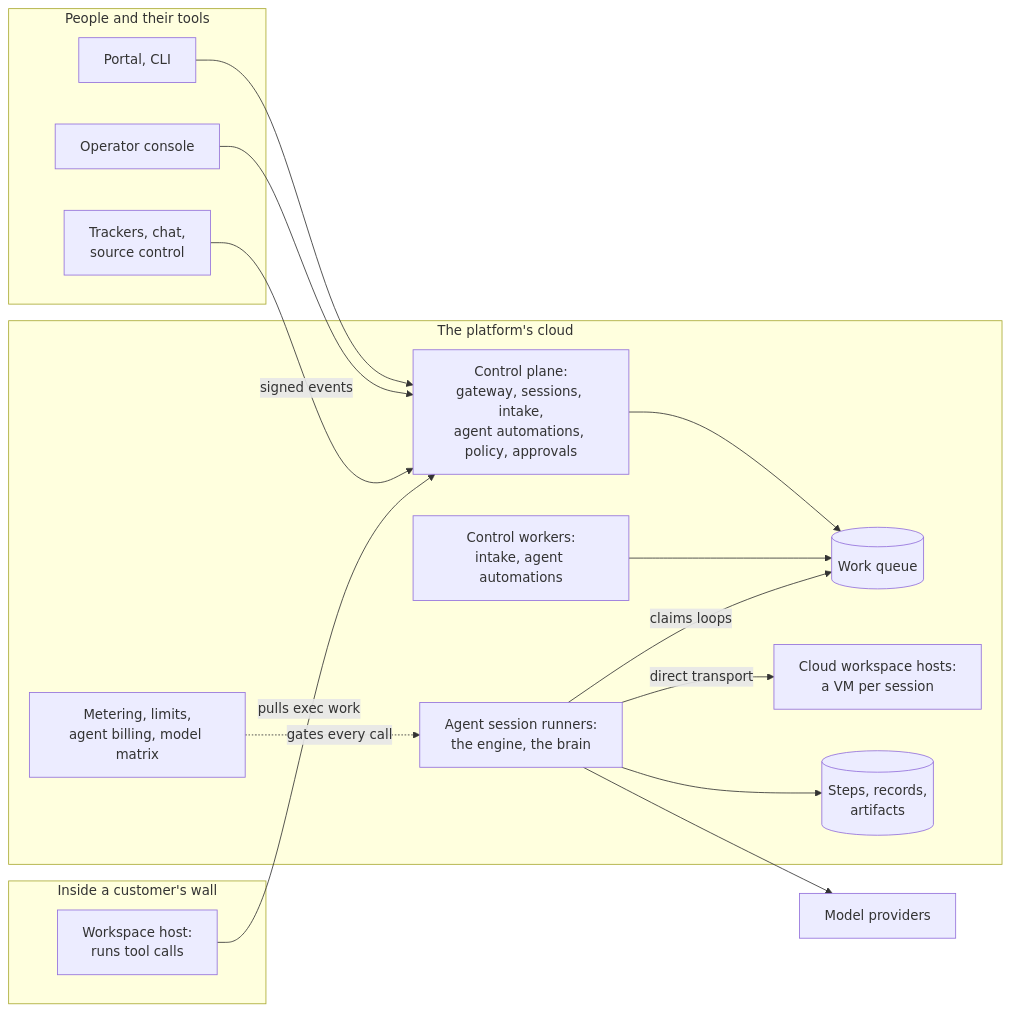
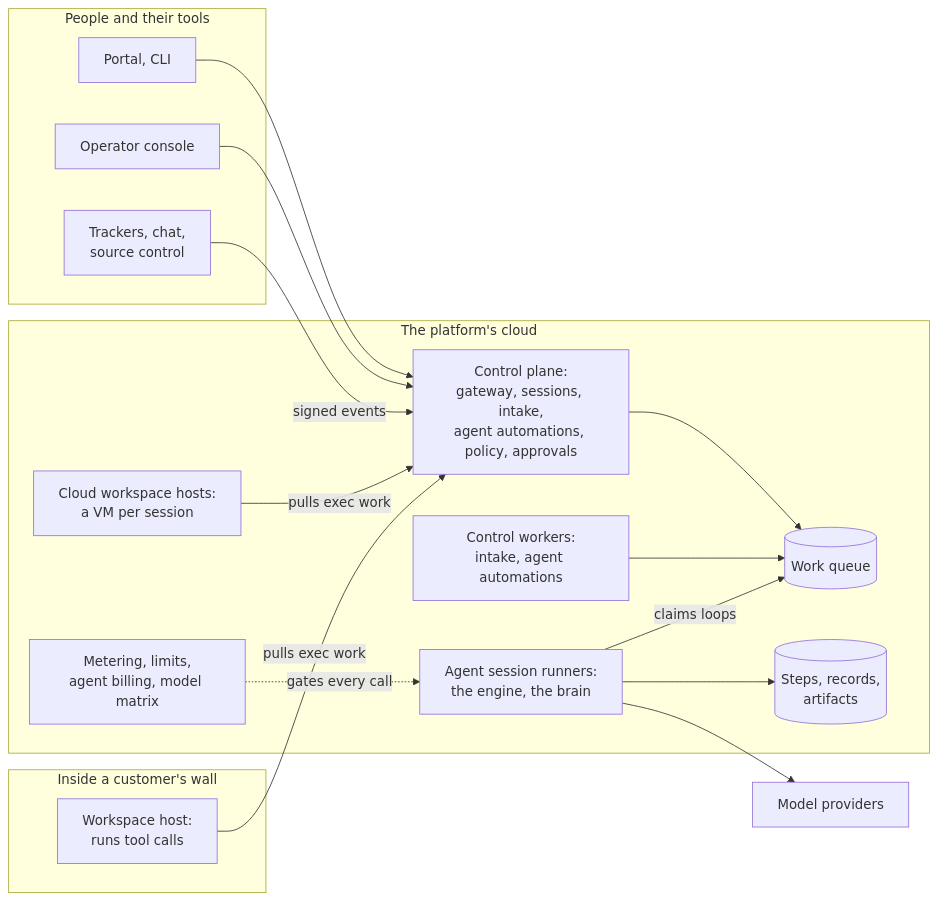
One commit to baristaze/distro_gentic changed the diagram in distro_gentic_spec.md. Above: the diagram before and after it, drawn with Mermaid. The commit also changed other lines of this file and 22 other files, not shown here.

````diff
--- a/distro_gentic_spec.md
+++ b/distro_gentic_spec.md
@@ -144,33 +144,33 @@
 ```mermaid
 flowchart LR
     subgraph Outside [People and their tools]
         Apps[Portal, CLI]
         Ops[Operator console]
         Ext[Trackers, chat,<br/>source control]
     end
     subgraph Cloud [The platform's cloud]
         CP[Control plane:<br/>gateway, sessions, intake,<br/>agent automations, policy, approvals]
         CW[Control workers:<br/>intake, agent automations]
         Q[(Work queue)]
         SR[Agent session runners:<br/>the engine, the brain]
         CWS[Cloud workspace hosts:<br/>a VM per session]
         Rec[(Steps, records,<br/>artifacts)]
         Money[Metering, limits,<br/>agent billing, model matrix]
     end
     subgraph Wall [Inside a customer's wall]
         WH[Workspace host:<br/>runs tool calls]
     end
     LLM[Model providers]
 
     Apps --> CP
     Ops --> CP
     Ext -->|signed events| CP
     CP --> Q
     CW --> Q
     SR -->|claims loops| Q
-    SR -->|direct transport| CWS
+    CWS -->|pulls exec work| CP
     WH -->|pulls exec work| CP
     SR --> LLM
     SR --> Rec
     Money -.->|gates every call| SR
 ```
````
